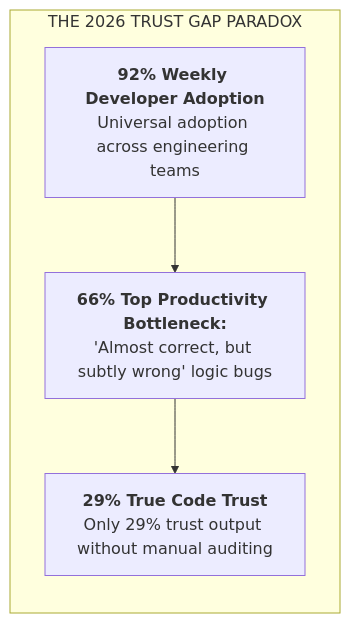
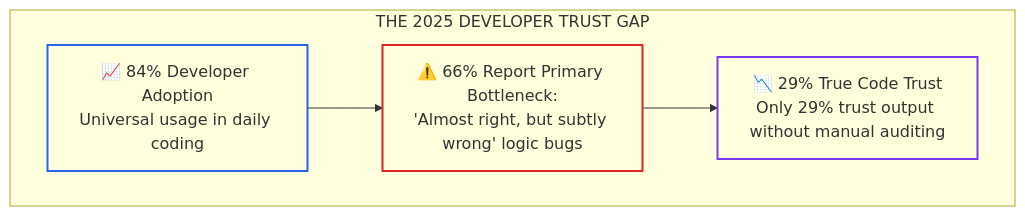
Before and after one commit to dip4k/senior-engineer-to-ai-engineer-roadmap: the first of 3 diagrams in 08-ai-augmented-sdlc-and-leadership/03-the-trust-gap-and-verified-agentic-engineering.md, drawn with Mermaid. The commit also changed other lines of this file and 16 other files, not shown here.

````diff
--- a/08-ai-augmented-sdlc-and-leadership/03-the-trust-gap-and-verified-agentic-engineering.md
+++ b/08-ai-augmented-sdlc-and-leadership/03-the-trust-gap-and-verified-agentic-engineering.md
@@ -19,12 +26,15 @@
 ```mermaid
 flowchart TD
-    subgraph TG["THE 2026 TRUST GAP PARADOX"]
-        direction TB
-        U["<b>92% Weekly Developer Adoption</b><br/>Universal adoption across engineering teams"]
-        B["<b>66% Top Productivity Bottleneck:</b><br/>'Almost correct, but subtly wrong' logic bugs"]
-        T["<b>29% True Code Trust</b><br/>Only 29% trust output without manual auditing"]
-        
-        U --> B
-        B --> T
+    subgraph TrustGap["THE 2025 DEVELOPER TRUST GAP"]
+        Adopt["📈 84% Developer Adoption<br>Universal usage in daily coding"]
+        Drain["⚠️ 66% Report Primary Bottleneck:<br>'Almost right, but subtly wrong' logic bugs"]
+        Trust["📉 29% True Code Trust<br>Only 29% trust output without manual auditing"]
+
+        Adopt --> Drain
+        Drain --> Trust
     end
+
+    style Adopt stroke:#2563eb,stroke-width:2px,fill:none
+    style Drain stroke:#dc2626,stroke-width:2px,fill:none
+    style Trust stroke:#7c3aed,stroke-width:2px,fill:none
 ```
````
